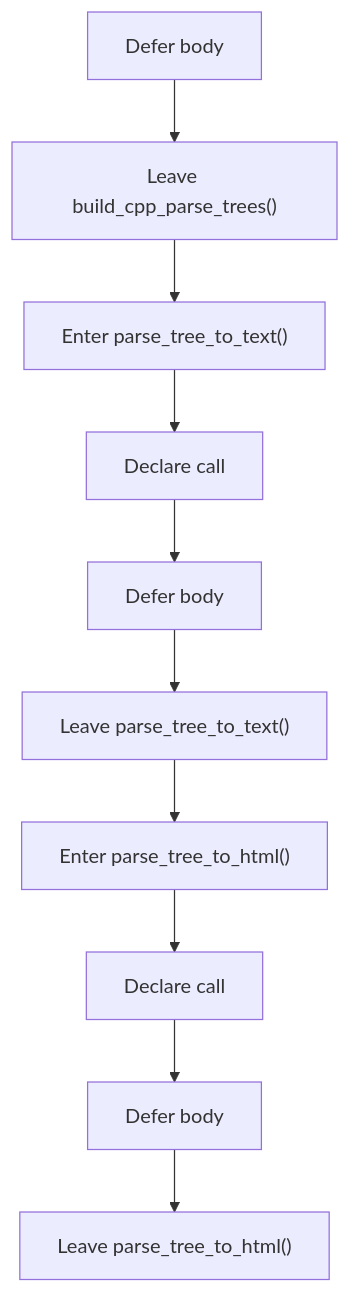
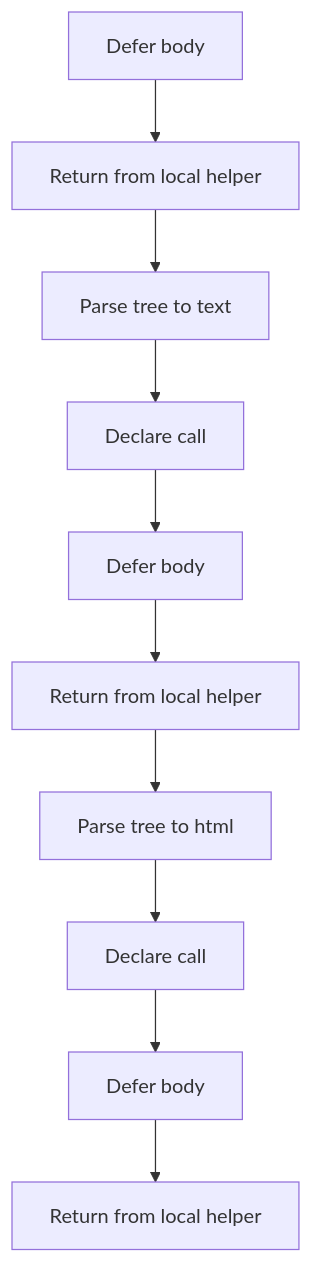
Before and after one commit to JohnAndrewBalbarosa/NeoTerritory: the third of 4 diagrams in docs/Codebase/Microservice/Modules/Header/SyntacticBrokenAST/Trees/Actual/Flow/parse_tree_program_flow.hpp.md, drawn with Mermaid. The commit also changed other lines of this file and 915 other files, not shown here.

````diff
--- a/docs/Codebase/Microservice/Modules/Header/SyntacticBrokenAST/Trees/Actual/Flow/parse_tree_program_flow.hpp.md
+++ b/docs/Codebase/Microservice/Modules/Header/SyntacticBrokenAST/Trees/Actual/Flow/parse_tree_program_flow.hpp.md
@@ -67,22 +67,22 @@
 ```mermaid
 flowchart TD
     N0["Defer body"]
-    N1["Leave build_cpp_parse_trees()"]
-    N2["Enter parse_tree_to_text()"]
+    N1["Return from local helper"]
+    N2["Parse tree to text"]
     N3["Declare call"]
     N4["Defer body"]
-    N5["Leave parse_tree_to_text()"]
-    N6["Enter parse_tree_to_html()"]
+    N5["Return from local helper"]
+    N6["Parse tree to html"]
     N7["Declare call"]
     N8["Defer body"]
-    N9["Leave parse_tree_to_html()"]
+    N9["Return from local helper"]
     N0 --> N1
     N1 --> N2
     N2 --> N3
     N3 --> N4
     N4 --> N5
     N5 --> N6
     N6 --> N7
     N7 --> N8
     N8 --> N9
 ```
````
